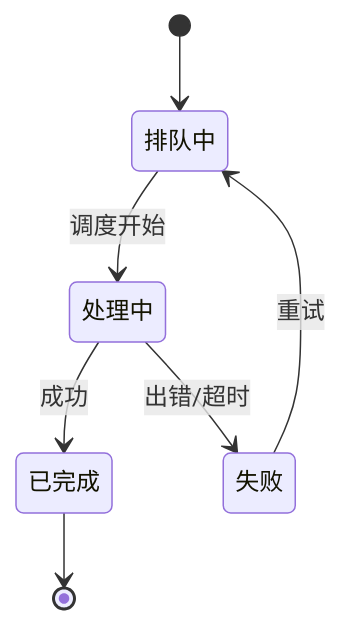
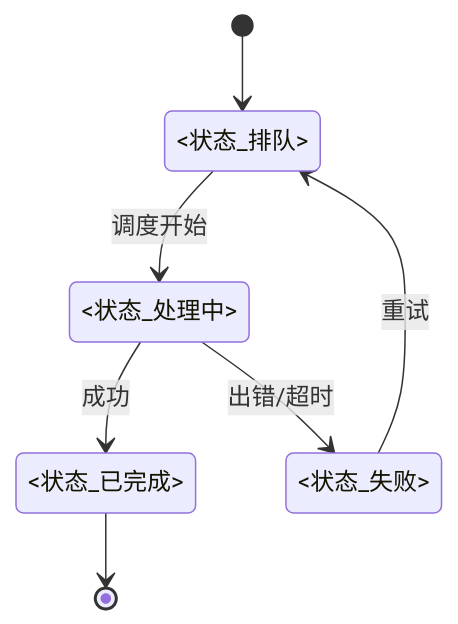
One commit to syllr/skills changed the third of 6 diagrams in skills/doc-arch-rules/references/templates/L2/DOMAIN-MODEL.template.md. Above: the diagram before and after it, drawn with Mermaid. The commit also changed other lines of this file and 11 other files, not shown here.

````diff
--- a/skills/doc-arch-rules/references/templates/L2/DOMAIN-MODEL.template.md
+++ b/skills/doc-arch-rules/references/templates/L2/DOMAIN-MODEL.template.md
@@ -213,9 +197,9 @@
 ```mermaid
 stateDiagram-v2
-    [*] --> 排队中
-    排队中 --> 处理中: 调度开始
-    处理中 --> 已完成: 成功
-    处理中 --> 失败: 出错/超时
-    失败 --> 排队中: 重试
-    已完成 --> [*]
+    [*] --> <状态_排队>
+    <状态_排队> --> <状态_处理中>: 调度开始
+    <状态_处理中> --> <状态_已完成>: 成功
+    <状态_处理中> --> <状态_失败>: 出错/超时
+    <状态_失败> --> <状态_排队>: 重试
+    <状态_已完成> --> [*]
 ```
````
